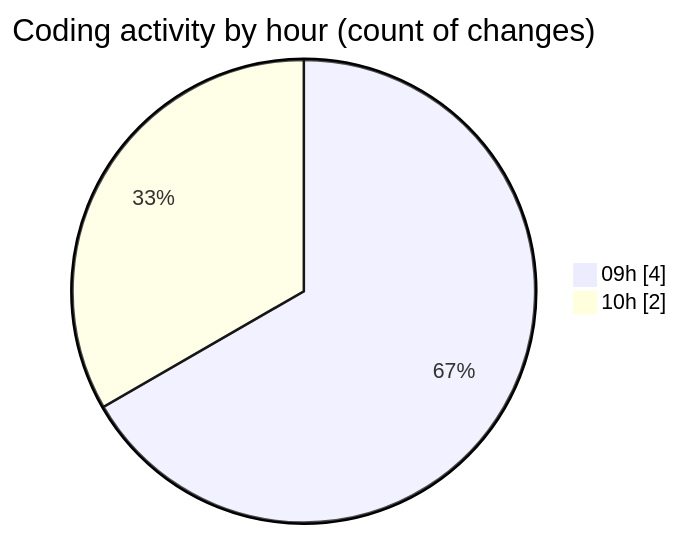
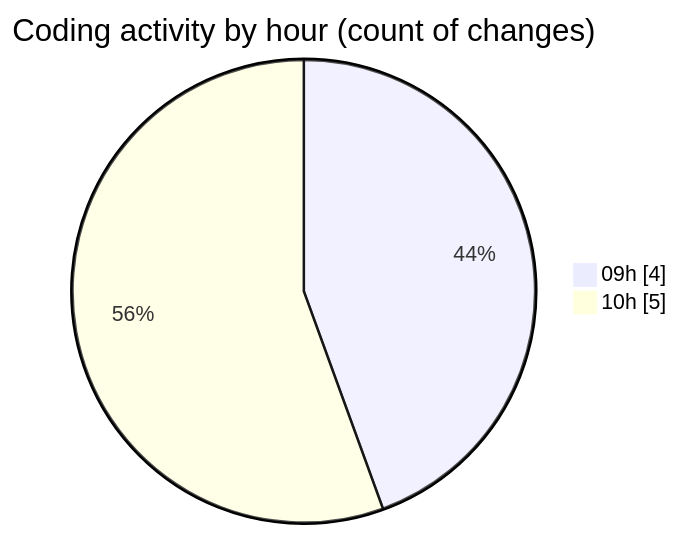
One commit to Elitesun/code-tracking changed the second of 2 diagrams in 2025-05-06/niten/README.md. Above: the diagram before and after it, drawn with Mermaid. The commit also changed other lines of this file and 1 other file, not shown here.

````diff
--- a/2025-05-06/niten/README.md
+++ b/2025-05-06/niten/README.md
@@ -29,6 +31,6 @@
 ```mermaid
 pie showData
 title Coding activity by hour (count of changes)
 "09h" : 4
-"10h" : 2
+"10h" : 5
 ```
````
